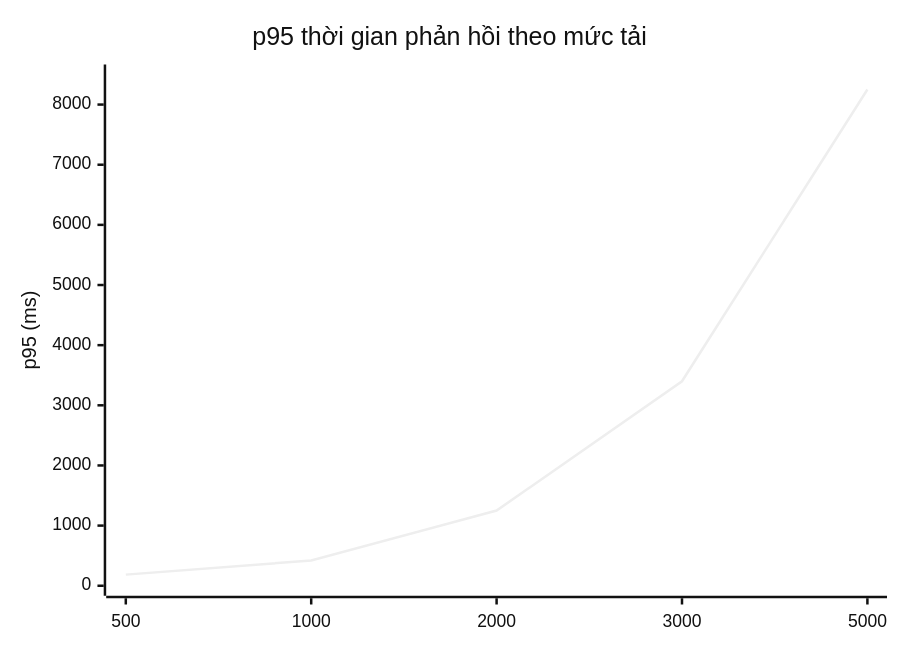
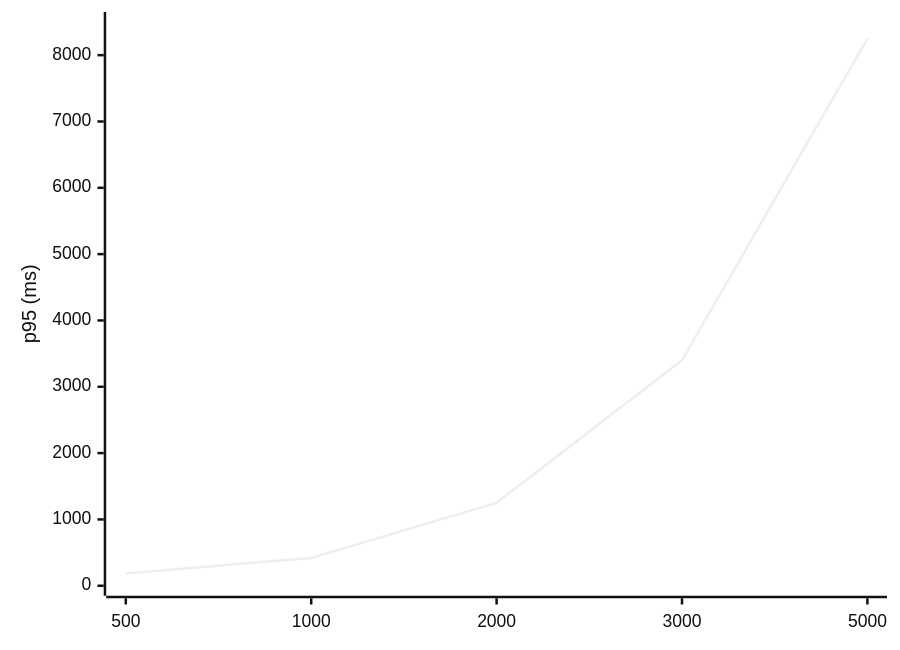
Diagram 19 of 24 in docs/bao-cao/BAO-CAO-DO-AN.md (longqt321/Rendez-PBL6), drawn with Mermaid (neutral theme) before and after one commit. The commit also changed other lines of this file and 71 other files, not shown here.

Commit message:
feat(schema,backend): complete UX API features, role isolation, and submissions

````diff
--- a/docs/bao-cao/BAO-CAO-DO-AN.md
+++ b/docs/bao-cao/BAO-CAO-DO-AN.md
@@ -1666,7 +1709,6 @@
 ```mermaid
 xychart-beta
-    title "p95 thời gian phản hồi theo mức tải"
     x-axis ["500", "1000", "2000", "3000", "5000"]
     y-axis "p95 (ms)" 0 --> 8500
     line [185, 420, 1250, 3400, 8250]
 ```
````
